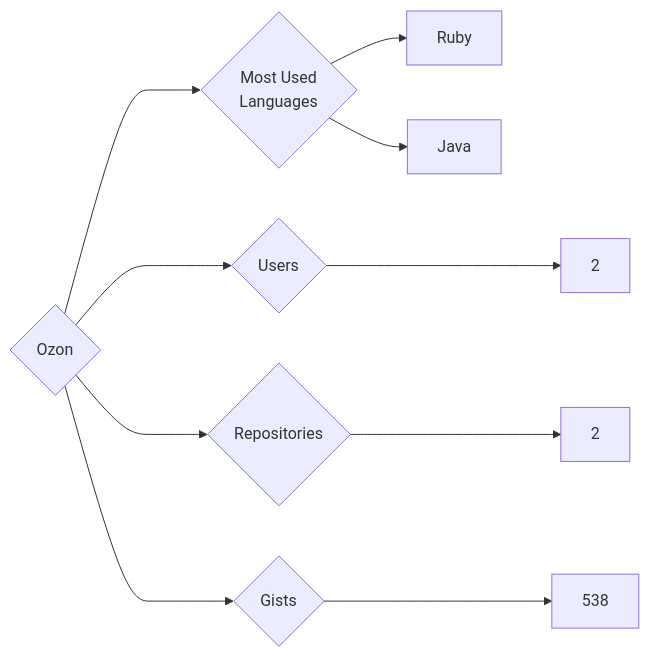
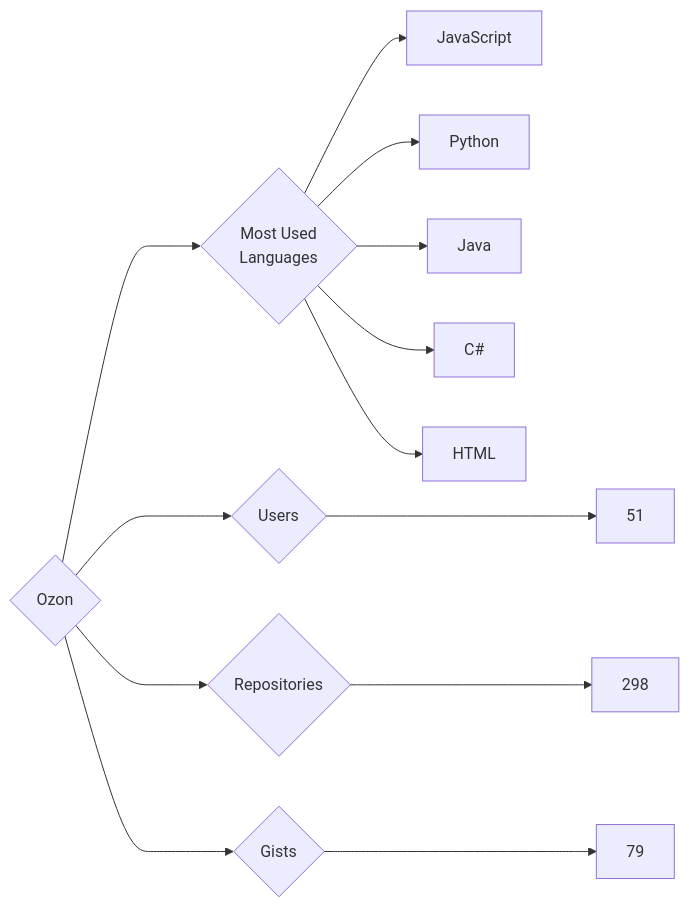
The diagram in targets/Ozon/README.md (trickest/insiders), drawn with Mermaid before and after one commit. The commit also changed 878 other files, not shown here.

````diff
--- a/targets/Ozon/README.md
+++ b/targets/Ozon/README.md
@@ -3,10 +3,13 @@
 ```mermaid
 graph LR
 COMPANY_NAME{Ozon}
-COMPANY_NAME ---> U{Users} ---> UN[2]
-COMPANY_NAME ---> R{Repositories} ---> RN[2]
-COMPANY_NAME ---> G{Gists} ---> GN[538]
+COMPANY_NAME ---> U{Users} ---> UN[51]
+COMPANY_NAME ---> R{Repositories} ---> RN[298]
+COMPANY_NAME ---> G{Gists} ---> GN[79]
 COMPANY_NAME ---> ML{Most Used<br>Languages}
-ML --> Ruby[Ruby]
+ML --> JavaScript[JavaScript]
+ML --> Python[Python]
 ML --> Java[Java]
+ML --> C#[C#]
+ML --> HTML[HTML]
 ```
````
